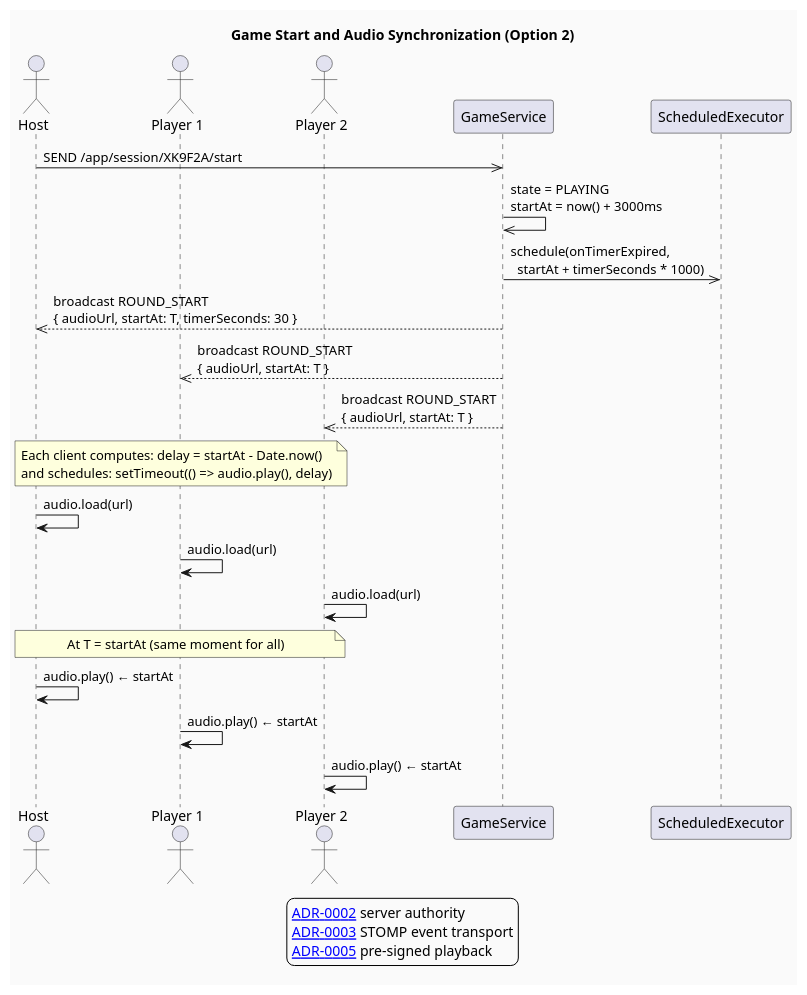
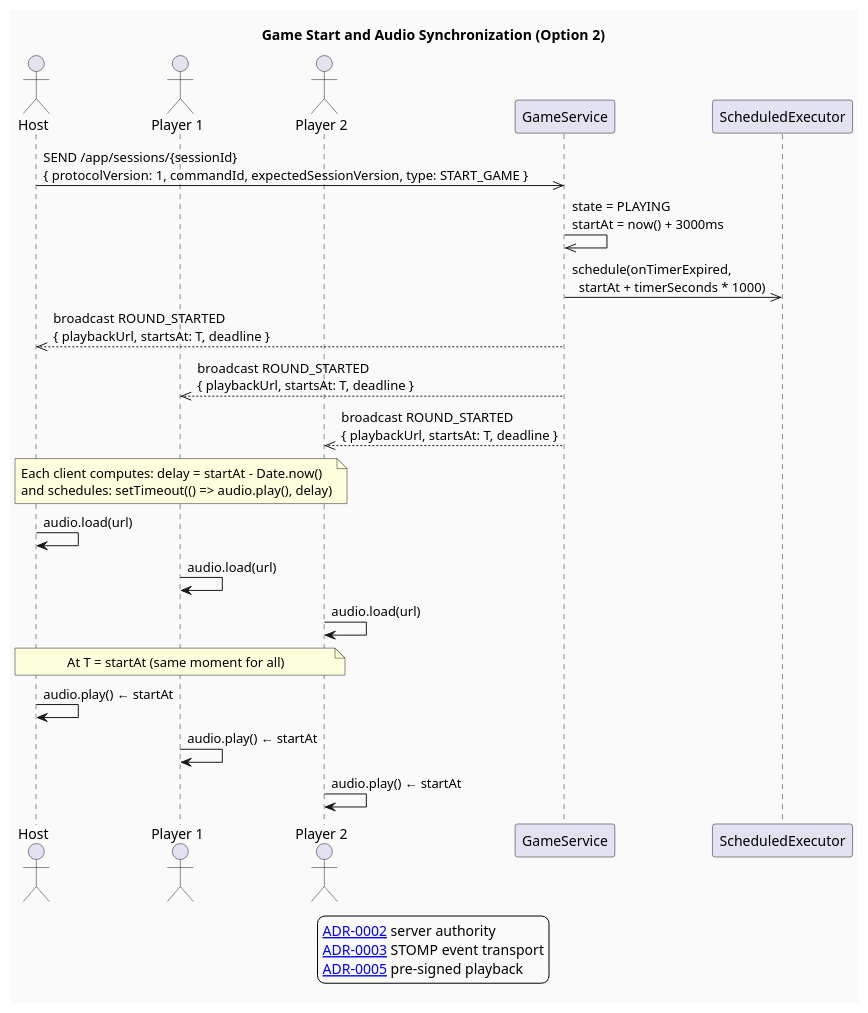
Before and after one commit to CyprienJ/blindTest: the second of 5 diagrams in docs/diagrams/04-sequences.puml, drawn with PlantUML. The commit also changed other lines of this file and 21 other files, not shown here.

```diff
--- a/docs/diagrams/04-sequences.puml
+++ b/docs/diagrams/04-sequences.puml
@@ -69,45 +69,45 @@
 @startuml Sequence - Game Start and Audio Synchronization
 ' Decisions: ADR-0002 server authority; ADR-0003 STOMP; ADR-0005 pre-signed media.
 title Game Start and Audio Synchronization (Option 2)
 skinparam backgroundColor #FAFAFA
 
 actor "Host" as host
 actor "Player 1" as p1
 actor "Player 2" as p2
 participant "GameService" as gs
 participant "ScheduledExecutor" as sched
 
 legend bottom
   [[../adr/0002-server-authoritative-sessions.md ADR-0002]] server authority
   [[../adr/0003-stomp-for-game-events-from-v1.md ADR-0003]] STOMP event transport
   [[../adr/0005-private-s3-media-and-presigned-playback.md ADR-0005]] pre-signed playback
 endlegend
 
-host ->> gs : SEND /app/session/XK9F2A/start
+host ->> gs : SEND /app/sessions/{sessionId}\n{ protocolVersion: 1, commandId, expectedSessionVersion, type: START_GAME }
 
 gs ->> gs : state = PLAYING\nstartAt = now() + 3000ms
 
 gs ->> sched : schedule(onTimerExpired,\n  startAt + timerSeconds * 1000)
 
-gs -->> host : broadcast ROUND_START\n{ audioUrl, startAt: T, timerSeconds: 30 }
-gs -->> p1 : broadcast ROUND_START\n{ audioUrl, startAt: T }
-gs -->> p2 : broadcast ROUND_START\n{ audioUrl, startAt: T }
+gs -->> host : broadcast ROUND_STARTED\n{ playbackUrl, startsAt: T, deadline }
+gs -->> p1 : broadcast ROUND_STARTED\n{ playbackUrl, startsAt: T, deadline }
+gs -->> p2 : broadcast ROUND_STARTED\n{ playbackUrl, startsAt: T, deadline }
 
 note over host, p2
   Each client computes: delay = startAt - Date.now()
   and schedules: setTimeout(() => audio.play(), delay)
 end note
 
 host -> host : audio.load(url)
 p1 -> p1 : audio.load(url)
 p2 -> p2 : audio.load(url)
 
 note over host, p2
   At T = startAt (same moment for all)
 end note
 
 host -> host : audio.play() ← startAt
 p1 -> p1 : audio.play() ← startAt
 p2 -> p2 : audio.play() ← startAt
 
 @enduml
```
